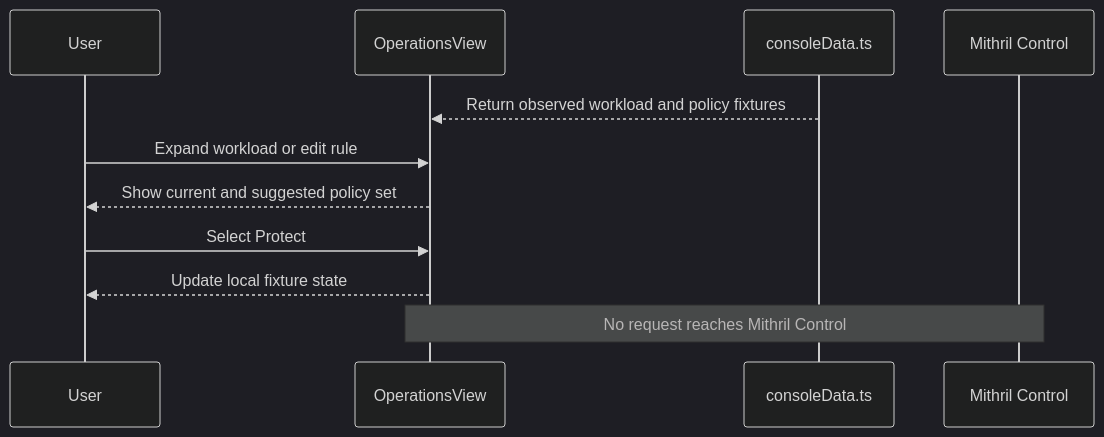
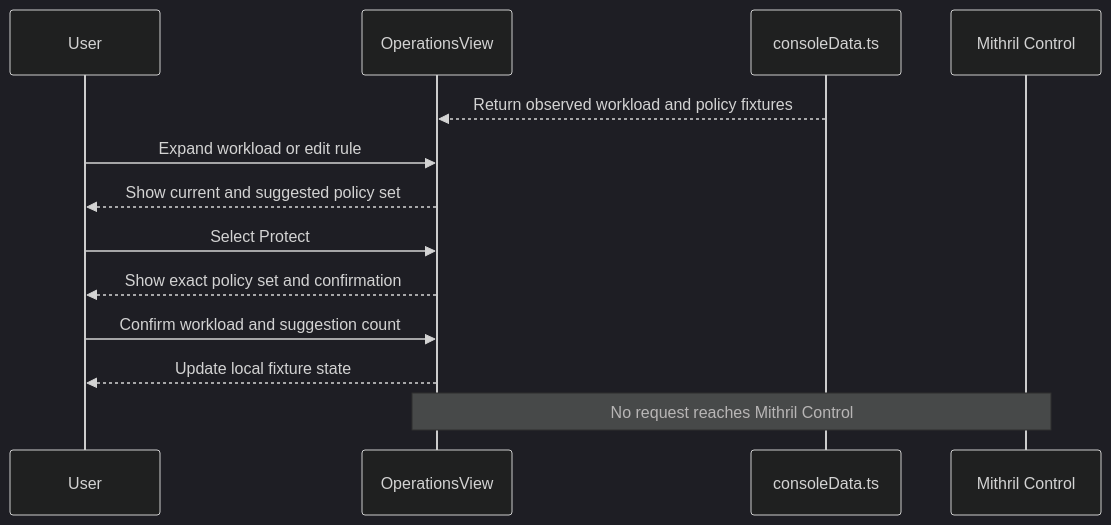
Before and after one commit to Ereborlabs/erebor-runtime: the second of 2 diagrams in ui/mithril-console/IMPLEMENTATION_REVIEW.md, drawn with Mermaid (dark theme). The commit also changed other lines of this file and 2 other files, not shown here.

````diff
--- a/ui/mithril-console/IMPLEMENTATION_REVIEW.md
+++ b/ui/mithril-console/IMPLEMENTATION_REVIEW.md
@@ -134,13 +136,15 @@
 ```mermaid
 sequenceDiagram
     participant User
     participant Workload as OperationsView
     participant Fixture as consoleData.ts
     participant Control as Mithril Control
     Fixture-->>Workload: Return observed workload and policy fixtures
     User->>Workload: Expand workload or edit rule
     Workload-->>User: Show current and suggested policy set
     User->>Workload: Select Protect
+    Workload-->>User: Show exact policy set and confirmation
+    User->>Workload: Confirm workload and suggestion count
     Workload-->>User: Update local fixture state
     Note over Workload,Control: No request reaches Mithril Control
 ```
````
